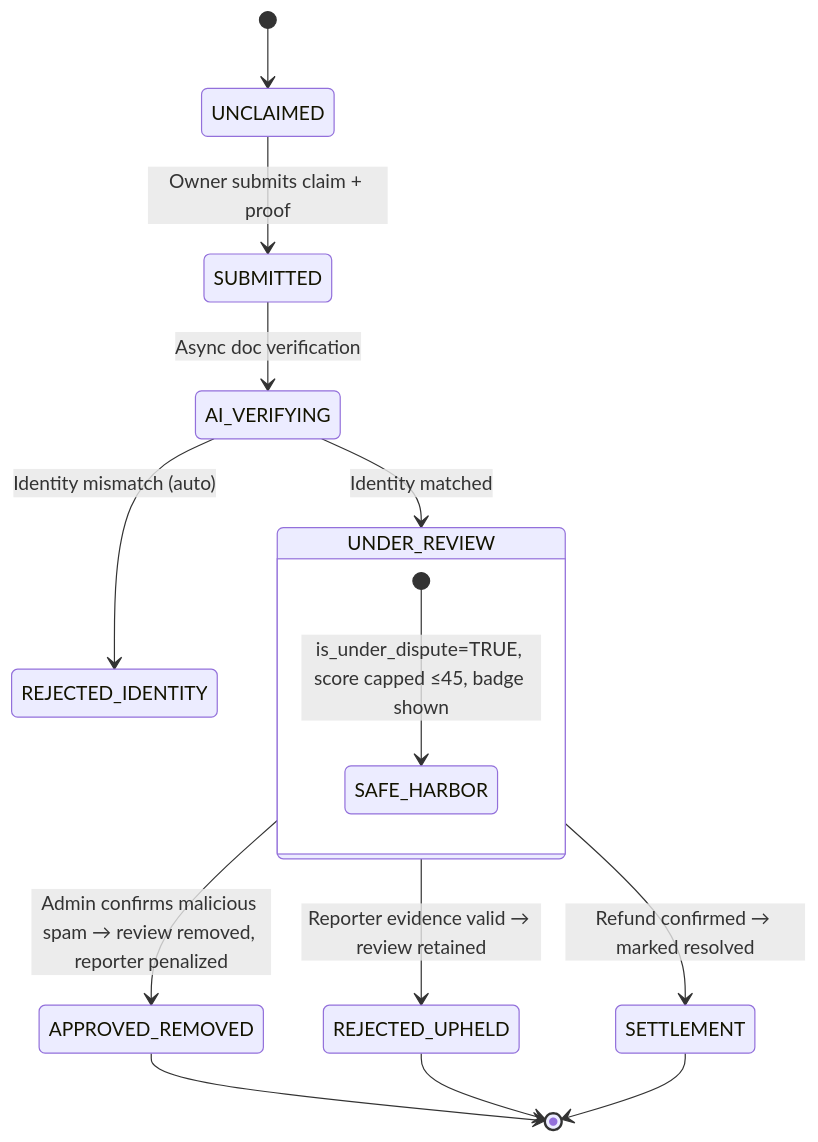
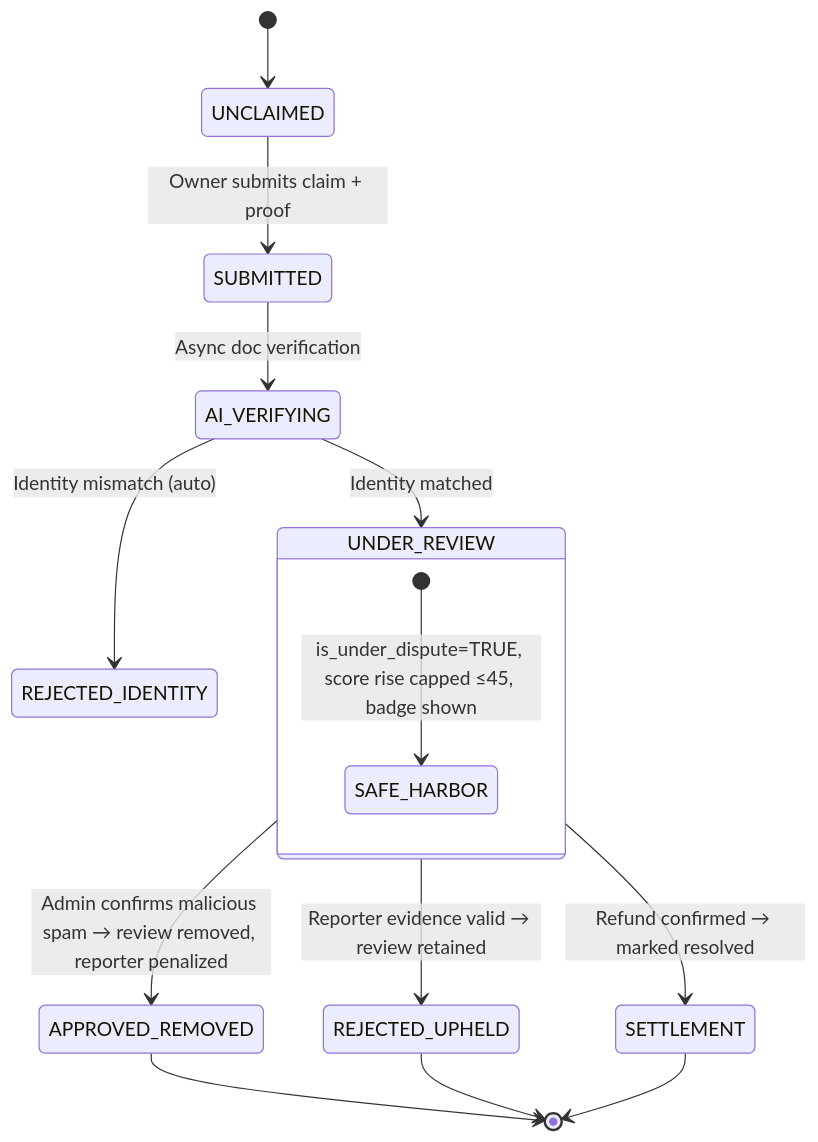
Before and after one commit to rhony08/trustpay-sea: the third of 4 diagrams in docs/02-technical-design.md, drawn with Mermaid. The commit also changed other lines of this file and 4 other files, not shown here.

````diff
--- a/docs/02-technical-design.md
+++ b/docs/02-technical-design.md
@@ -398,17 +451,17 @@
 ```mermaid
 stateDiagram-v2
     [*] --> UNCLAIMED
     UNCLAIMED --> SUBMITTED: Owner submits claim + proof
     SUBMITTED --> AI_VERIFYING: Async doc verification
     AI_VERIFYING --> REJECTED_IDENTITY: Identity mismatch (auto)
     AI_VERIFYING --> UNDER_REVIEW: Identity matched
     state UNDER_REVIEW {
-       [*] --> SAFE_HARBOR: is_under_dispute=TRUE, score capped ≤45, badge shown
+       [*] --> SAFE_HARBOR: is_under_dispute=TRUE, score rise capped ≤45, badge shown
     }
     UNDER_REVIEW --> APPROVED_REMOVED: Admin confirms malicious spam → review removed, reporter penalized
     UNDER_REVIEW --> REJECTED_UPHELD: Reporter evidence valid → review retained
     UNDER_REVIEW --> SETTLEMENT: Refund confirmed → marked resolved
     APPROVED_REMOVED --> [*]
     REJECTED_UPHELD --> [*]
     SETTLEMENT --> [*]
 ```
````
